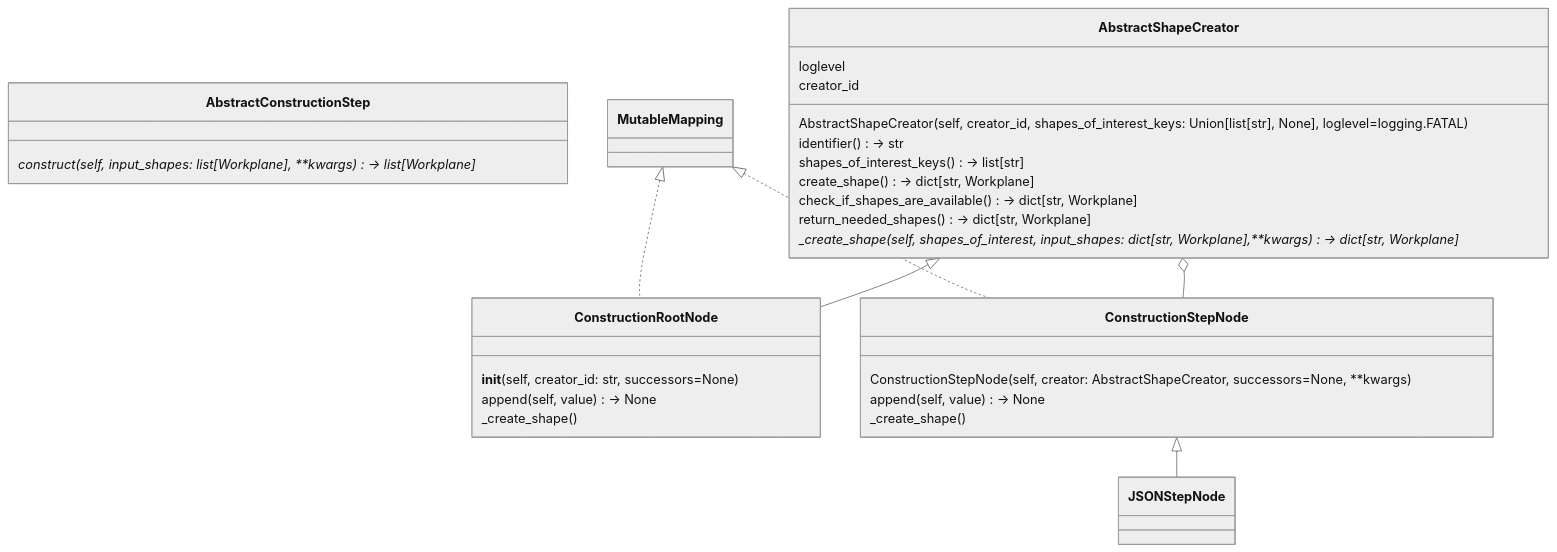
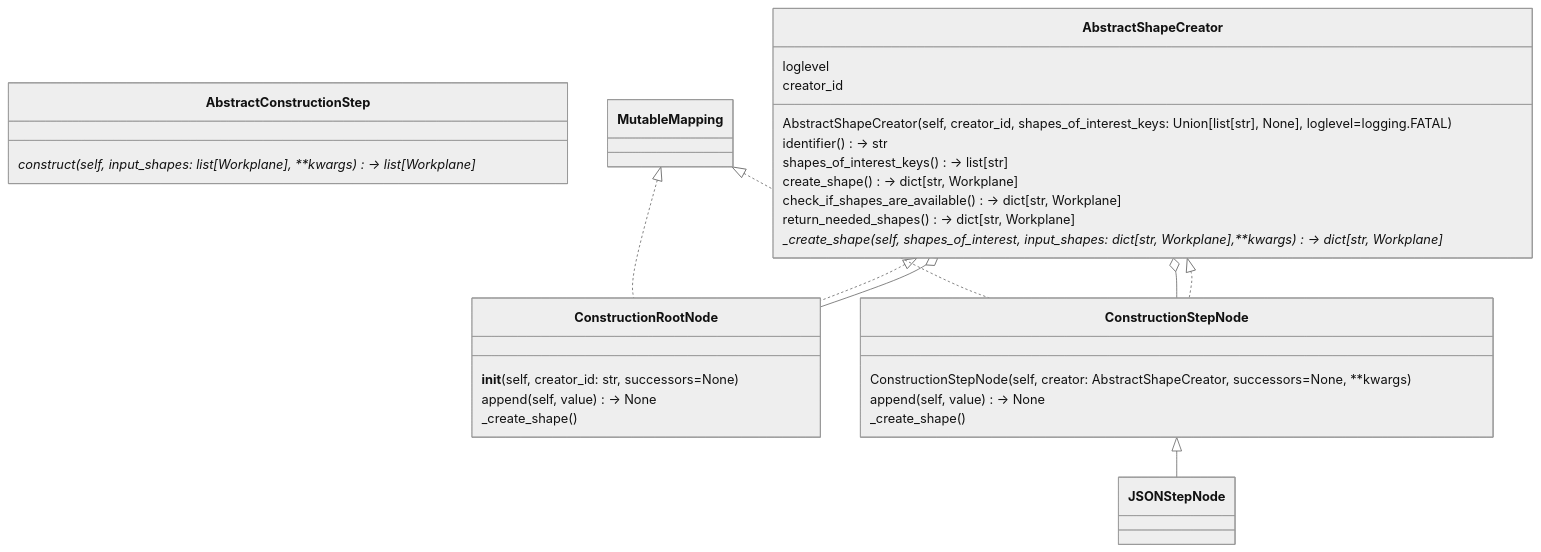
The first of 2 diagrams in Airplane/Readme.md (szymansk/da3Dalus), drawn with Mermaid (neutral theme) before and after one commit. The commit also changed other lines of this file and 5 other files, not shown here.

````diff
--- a/Airplane/Readme.md
+++ b/Airplane/Readme.md
@@ -89,45 +122,47 @@
 ```mermaid
 classDiagram
     class AbstractConstructionStep {
         construct(self, input_shapes: list[Workplane], **kwargs)* -> list[Workplane]
     }
     
     class AbstractShapeCreator {
         loglevel
         creator_id
         
         AbstractShapeCreator(self, creator_id, shapes_of_interest_keys: Union[list[str], None], loglevel=logging.FATAL)
         identifier() -> str
         shapes_of_interest_keys() -> list[str]
         create_shape() -> dict[str, Workplane]
         check_if_shapes_are_available() -> dict[str, Workplane]
         return_needed_shapes() -> dict[str, Workplane]
         
         _create_shape(self, shapes_of_interest, input_shapes: dict[str, Workplane],**kwargs)* -> dict[str, Workplane]
     }
     
     class MutableMapping
     class ConstructionRootNode {
         __init__(self, creator_id: str, successors=None)
         append(self, value) -> None
         
         _create_shape()
     }
     MutableMapping <|.. ConstructionRootNode
-    AbstractShapeCreator <|-- ConstructionRootNode
+    AbstractShapeCreator <|.. ConstructionRootNode
+    AbstractShapeCreator o-- ConstructionRootNode
     
     class ConstructionStepNode {
         ConstructionStepNode(self, creator: AbstractShapeCreator, successors=None, **kwargs)
         append(self, value) -> None
         
         _create_shape()
     }
     
     MutableMapping <|.. ConstructionStepNode
     AbstractShapeCreator o-- ConstructionStepNode
+    AbstractShapeCreator <|.. ConstructionStepNode
 
     class JSONStepNode
     
     ConstructionStepNode <|-- JSONStepNode
     
 ```
````
